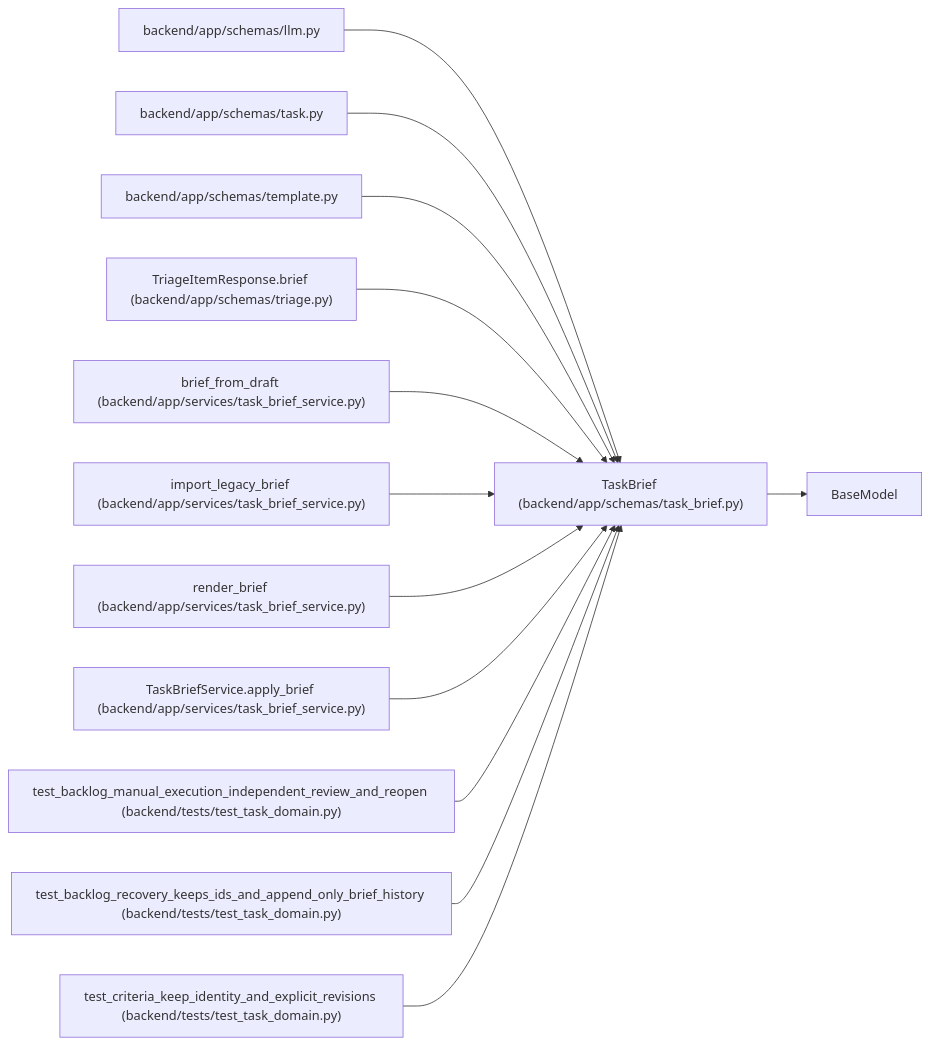
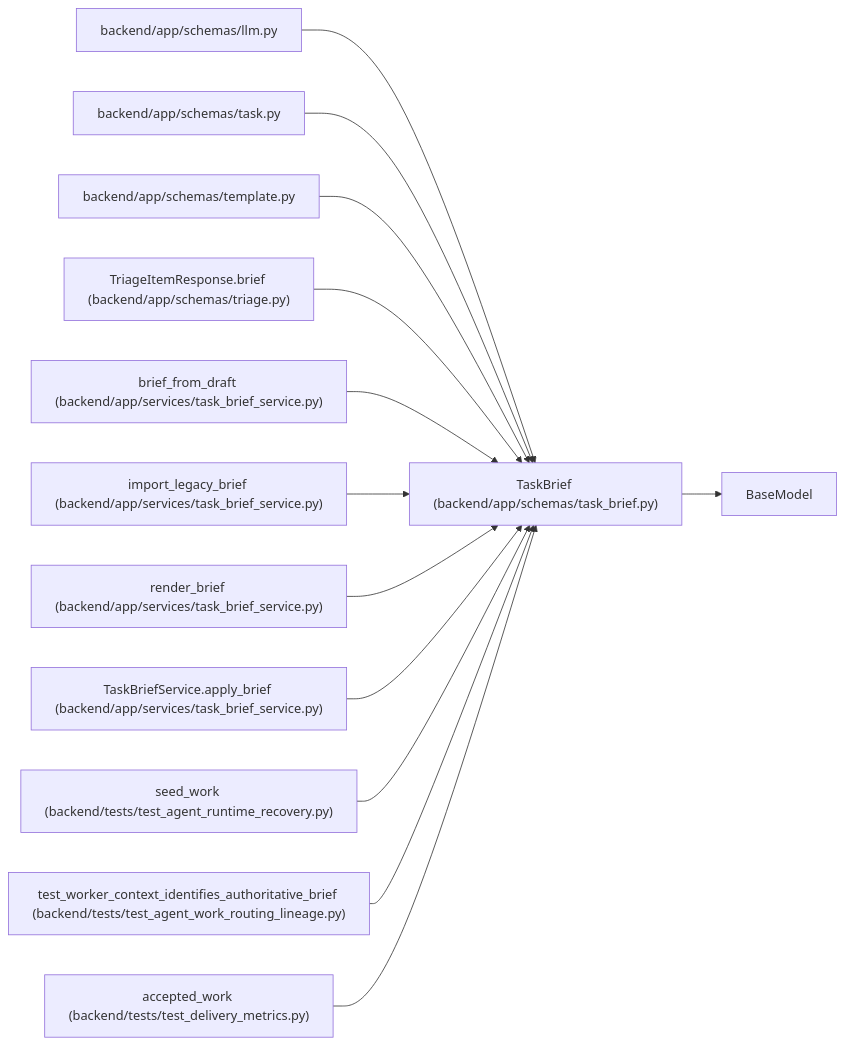
One commit to Denissvgn/WorkChord changed the diagram in docs/llm_wiki/entities/schemas_task_brief_TaskBrief.md. Above: the diagram before and after it, drawn with Mermaid. The commit also changed other lines of this file and 6624 other files, not shown here.

First line of the commit message:
Add verified Android workflows and external-agent execution evidence (#8)

````diff
--- a/docs/llm_wiki/entities/schemas_task_brief_TaskBrief.md
+++ b/docs/llm_wiki/entities/schemas_task_brief_TaskBrief.md
@@ -46,40 +46,40 @@
 ```mermaid
 flowchart LR
     n0["TaskBrief (backend/app/schemas/task_brief.py)"]
     n1["BaseModel"]
     n2["backend/app/schemas/llm.py"]
     n3["backend/app/schemas/task.py"]
     n4["backend/app/schemas/template.py"]
     n5["TriageItemResponse.brief (backend/app/schemas/triage.py)"]
     n6["brief_from_draft (backend/app/services/task_brief_service.py)"]
     n7["import_legacy_brief (backend/app/services/task_brief_service.py)"]
     n8["render_brief (backend/app/services/task_brief_service.py)"]
     n9["TaskBriefService.apply_brief (backend/app/services/task_brief_service.py)"]
-    n10["test_backlog_manual_execution_independent_review_and_reopen (backend/tests/test_task_domain.py)"]
-    n11["test_backlog_recovery_keeps_ids_and_append_only_brief_history (backend/tests/test_task_domain.py)"]
-    n12["test_criteria_keep_identity_and_explicit_revisions (backend/tests/test_task_domain.py)"]
+    n10["seed_work (backend/tests/test_agent_runtime_recovery.py)"]
+    n11["test_worker_context_identifies_authoritative_brief (backend/tests/test_agent_work_routing_lineage.py)"]
+    n12["accepted_work (backend/tests/test_delivery_metrics.py)"]
     n0 --> n1
     n2 --> n0
     n3 --> n0
     n4 --> n0
     n5 --> n0
     n6 --> n0
     n7 --> n0
     n8 --> n0
     n9 --> n0
     n10 --> n0
     n11 --> n0
     n12 --> n0
     click n0 "../modules/schemas_task_brief.md"
     click n2 "../modules/schemas_llm.md"
     click n3 "../modules/schemas_task.md"
     click n4 "../modules/schemas_template.md"
     click n5 "../modules/schemas_triage.md"
     click n6 "../modules/task_brief_service.md"
     click n7 "../modules/task_brief_service.md"
     click n8 "../modules/task_brief_service.md"
     click n9 "../modules/task_brief_service.md"
-    click n10 "../modules/test_task_domain.md"
-    click n11 "../modules/test_task_domain.md"
-    click n12 "../modules/test_task_domain.md"
+    click n10 "../modules/test_agent_runtime_recovery.md"
+    click n11 "../modules/test_agent_work_routing_lineage.md"
+    click n12 "../modules/test_delivery_metrics.md"
 ```
````
